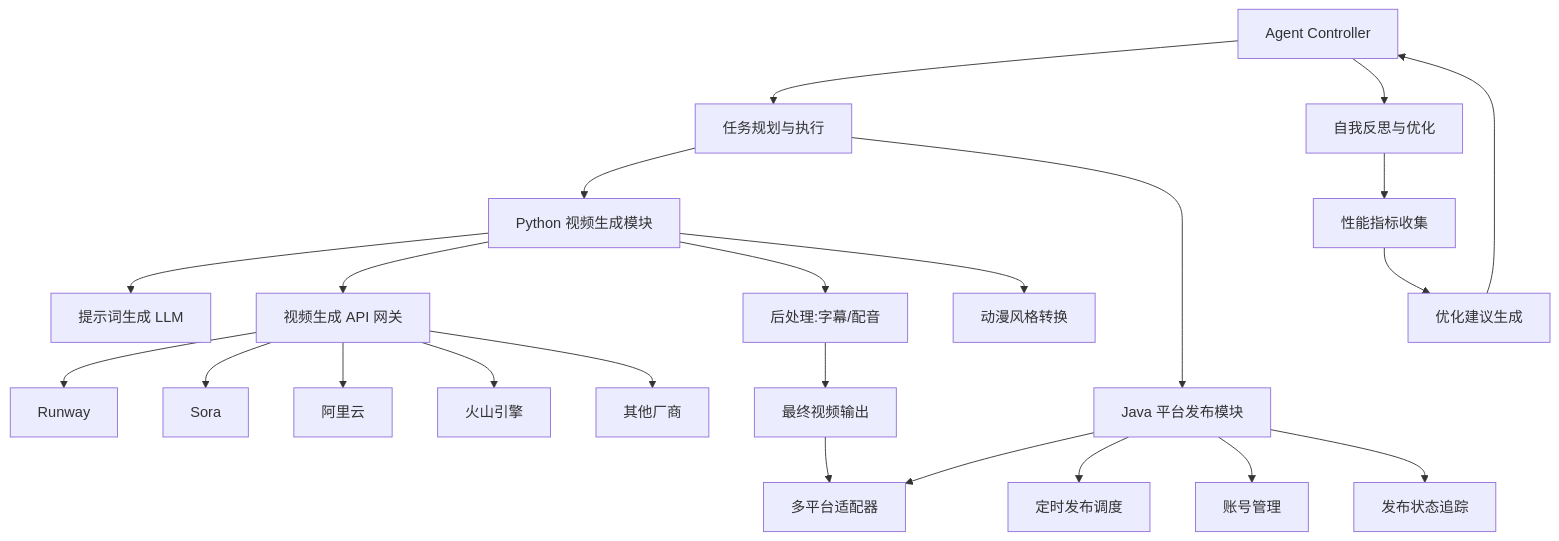
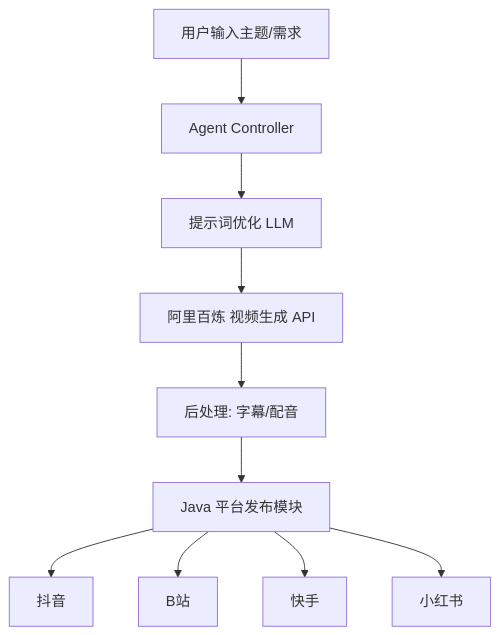
One commit to shangguanyongsheng/anime-video-creator changed the diagram in docs/architecture.md. Above: the diagram before and after it, drawn with Mermaid. The commit also changed other lines of this file and 1 other file, not shown here.

First line of the commit message:
docs: simplify architecture - prioritize Alibaba Bailian API

````diff
--- a/docs/architecture.md
+++ b/docs/architecture.md
@@ -5,31 +5,12 @@
 ```mermaid
 graph TD
-    A[Agent Controller] --> B[任务规划与执行]
-    A --> C[自我反思与优化]
-    
-    B --> D[Python 视频生成模块]
-    B --> E[Java 平台发布模块]
-    
-    D --> D1[提示词生成 LLM]
-    D --> D2[视频生成 API 网关]
-    D --> D3[后处理:字幕/配音]
-    D --> D4[动漫风格转换]
-    
-    D2 --> V1[Runway]
-    D2 --> V2[Sora]
-    D2 --> V3[阿里云]
-    D2 --> V4[火山引擎]
-    D2 --> V5[其他厂商]
-    
-    E --> E1[多平台适配器]
-    E --> E2[定时发布调度]
-    E --> E3[账号管理]
-    E --> E4[发布状态追踪]
-    
-    D3 --> I[最终视频输出]
-    I --> E1
-    
-    C --> J[性能指标收集]
-    J --> K[优化建议生成]
-    K --> A
+    A[用户输入主题/需求] --> B[Agent Controller]
+    B --> C[提示词优化 LLM]
+    C --> D[阿里百炼 视频生成 API]
+    D --> E[后处理: 字幕/配音]
+    E --> F[Java 平台发布模块]
+    F --> G1[抖音]
+    F --> G2[B站]
+    F --> G3[快手]
+    F --> G4[小红书]
 ```
````
